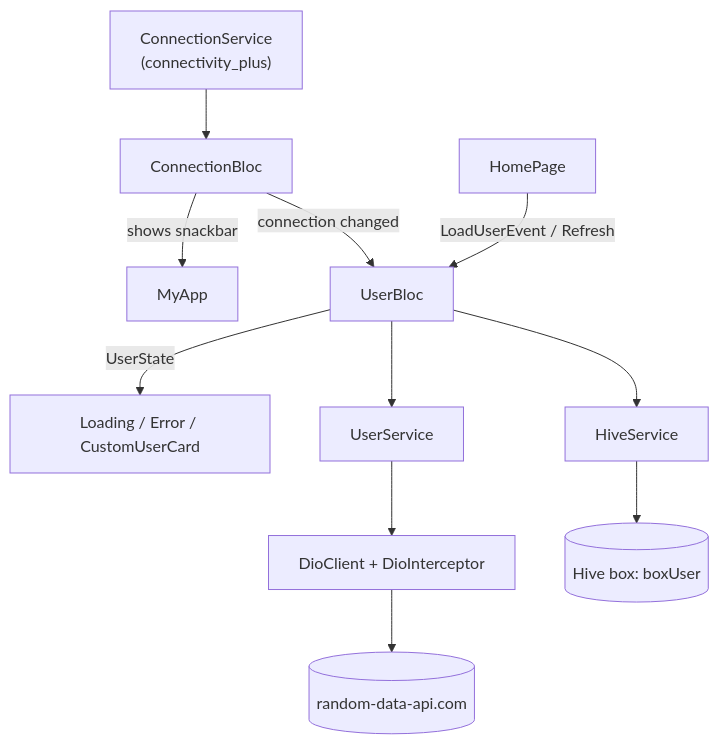
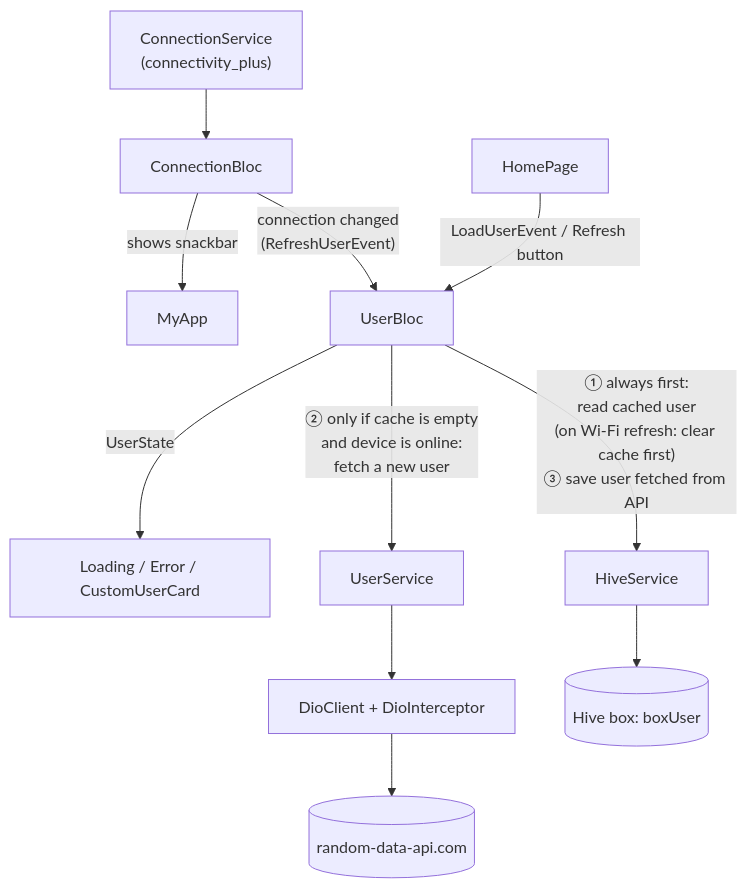
The diagram in doc/architecture/architecture.mmd (PwS/random_user), drawn with Mermaid before and after one commit. The commit also changed 2 other files, not shown here.

Commit message:
Explain when UserBloc uses HiveService vs UserService
Label both arrows in the architecture diagram with the order and the
condition for each call, and add a numbered explanation under it.

Claude-Session: https://claude.ai/code/session_01SrZrGpo8TpmkgMf8fATm6x

```diff
--- a/doc/architecture/architecture.mmd
+++ b/doc/architecture/architecture.mmd
@@ -1,11 +1,11 @@
 flowchart TD
     CS["ConnectionService<br/>(connectivity_plus)"] --> CB["ConnectionBloc"]
     CB -- "shows snackbar" --> APP["MyApp"]
-    CB -- "connection changed" --> UB["UserBloc"]
-    UI["HomePage"] -- "LoadUserEvent / Refresh" --> UB
+    CB -- "connection changed<br/>(RefreshUserEvent)" --> UB["UserBloc"]
+    UI["HomePage"] -- "LoadUserEvent / Refresh button" --> UB
     UB -- "UserState" --> CARD["Loading / Error / CustomUserCard"]
-    UB --> US["UserService"]
-    UB --> HS["HiveService"]
+    UB -- "① always first:<br/>read cached user<br/>(on Wi-Fi refresh: clear cache first)<br/>③ save user fetched from API" --> HS["HiveService"]
+    UB -- "② only if cache is empty<br/>and device is online:<br/>fetch a new user" --> US["UserService"]
     US --> DIO["DioClient + DioInterceptor"]
     DIO --> API[("random-data-api.com")]
     HS --> HIVE[("Hive box: boxUser")]
```
